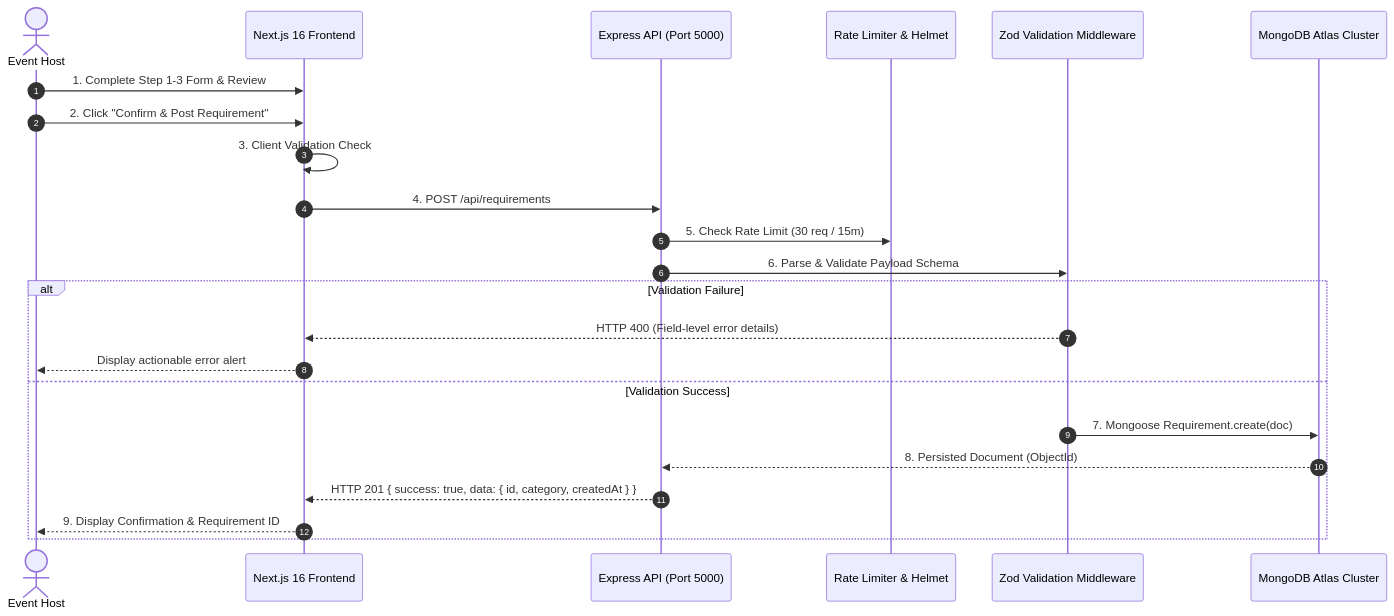
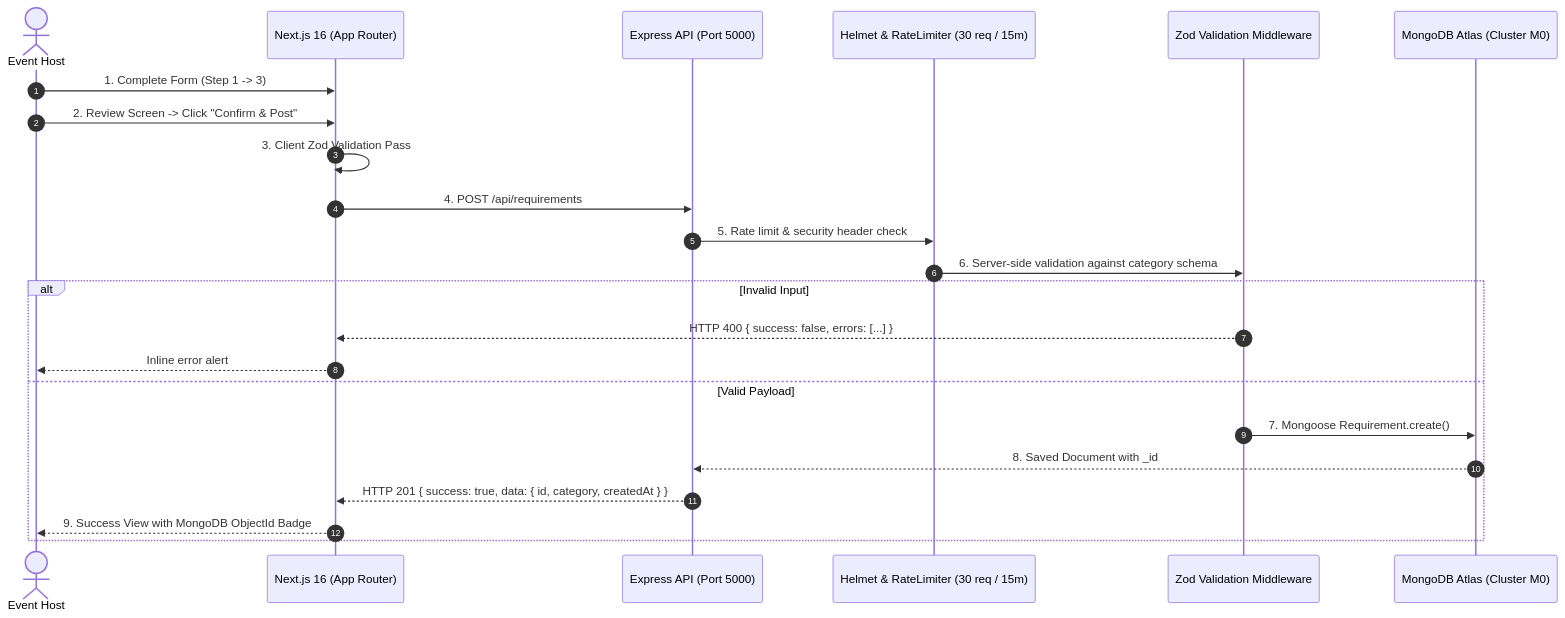
The diagram in README.md (gpranit16/gopartle), drawn with Mermaid before and after one commit. The commit also changed other lines of this file and 2 other files, not shown here.

Commit message:
docs: enrich README with premium badges, run commands, and architecture diagrams

````diff
--- a/README.md
+++ b/README.md
@@ -89,26 +108,26 @@
 ```mermaid
 sequenceDiagram
     autonumber
     actor Host as Event Host
-    participant Web as Next.js 16 Frontend
+    participant Web as Next.js 16 (App Router)
     participant API as Express API (Port 5000)
-    participant Rate as Rate Limiter & Helmet
+    participant Sec as Helmet & RateLimiter (30 req / 15m)
     participant Zod as Zod Validation Middleware
-    participant Mongo as MongoDB Atlas Cluster
+    participant Mongo as MongoDB Atlas (Cluster M0)
 
-    Host->>Web: 1. Complete Step 1-3 Form & Review
-    Host->>Web: 2. Click "Confirm & Post Requirement"
-    Web->>Web: 3. Client Validation Check
+    Host->>Web: 1. Complete Form (Step 1 -> 3)
+    Host->>Web: 2. Review Screen -> Click "Confirm & Post"
+    Web->>Web: 3. Client Zod Validation Pass
     Web->>API: 4. POST /api/requirements
-    API->>Rate: 5. Check Rate Limit (30 req / 15m)
-    API->>Zod: 6. Parse & Validate Payload Schema
-    alt Validation Failure
-        Zod-->>Web: HTTP 400 (Field-level error details)
-        Web-->>Host: Display actionable error alert
-    else Validation Success
-        Zod->>Mongo: 7. Mongoose Requirement.create(doc)
-        Mongo-->>API: 8. Persisted Document (ObjectId)
+    API->>Sec: 5. Rate limit & security header check
+    Sec->>Zod: 6. Server-side validation against category schema
+    alt Invalid Input
+        Zod-->>Web: HTTP 400 { success: false, errors: [...] }
+        Web-->>Host: Inline error alert
+    else Valid Payload
+        Zod->>Mongo: 7. Mongoose Requirement.create()
+        Mongo-->>API: 8. Saved Document with _id
         API-->>Web: HTTP 201 { success: true, data: { id, category, createdAt } }
-        Web-->>Host: 9. Display Confirmation & Requirement ID
+        Web-->>Host: 9. Success View with MongoDB ObjectId Badge
     end
 ```
````
